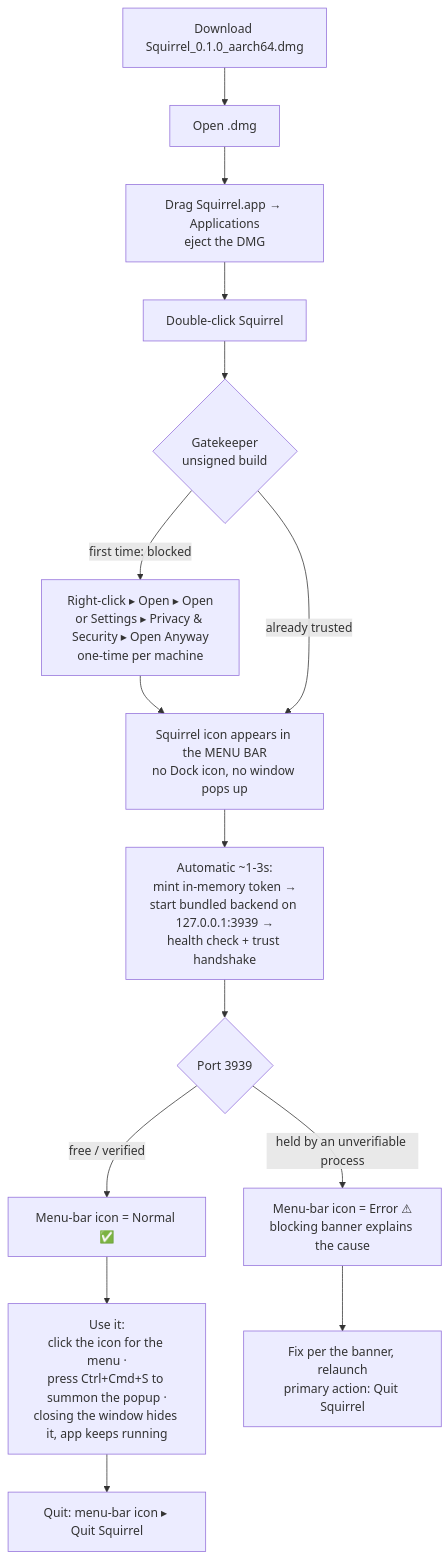
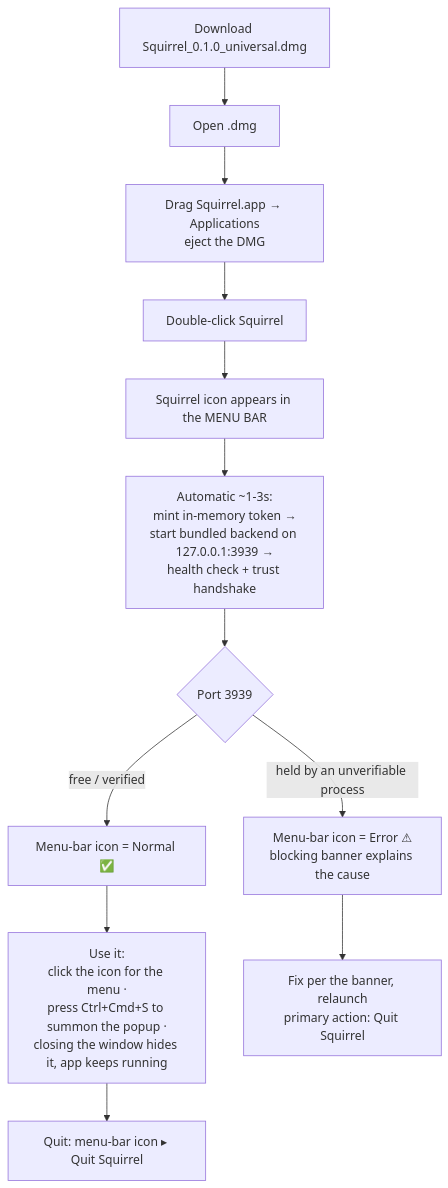
The diagram in docs/install.md (metuur/metuur-squirrel), drawn with Mermaid before and after one commit. The commit also changed other lines of this file and 10 other files, not shown here.

````diff
--- a/docs/install.md
+++ b/docs/install.md
@@ -14,22 +11,14 @@
 ```mermaid
 flowchart TD
-    A[Download Squirrel_0.1.0_aarch64.dmg] --> B[Open .dmg]
+    A[Download Squirrel_0.1.0_universal.dmg] --> B[Open .dmg]
     B --> C[Drag Squirrel.app → Applications<br/>eject the DMG]
     C --> D[Double-click Squirrel]
-
-    D --> G{Gatekeeper<br/>unsigned build}
-    G -- "first time: blocked" --> G1[Right-click ▸ Open ▸ Open<br/>or Settings ▸ Privacy & Security ▸ Open Anyway<br/>one-time per machine]
-    G1 --> L
-    G -- already trusted --> L
-
-    L[Squirrel icon appears in the MENU BAR<br/>no Dock icon, no window pops up]
+    D --> L[Squirrel icon appears in the MENU BAR]
     L --> M[Automatic ~1-3s:<br/>mint in-memory token →<br/>start bundled backend on 127.0.0.1:3939 →<br/>health check + trust handshake]
-
     M --> N{Port 3939}
     N -- free / verified --> OK[Menu-bar icon = Normal ✅]
     N -- held by an unverifiable process --> ERR[Menu-bar icon = Error ⚠<br/>blocking banner explains the cause]
-
     OK --> USE[Use it:<br/>click the icon for the menu ·<br/>press Ctrl+Cmd+S to summon the popup ·<br/>closing the window hides it, app keeps running]
     USE --> Q[Quit: menu-bar icon ▸ Quit Squirrel]
     ERR --> EFIX[Fix per the banner, relaunch<br/>primary action: Quit Squirrel]
 ```
````
